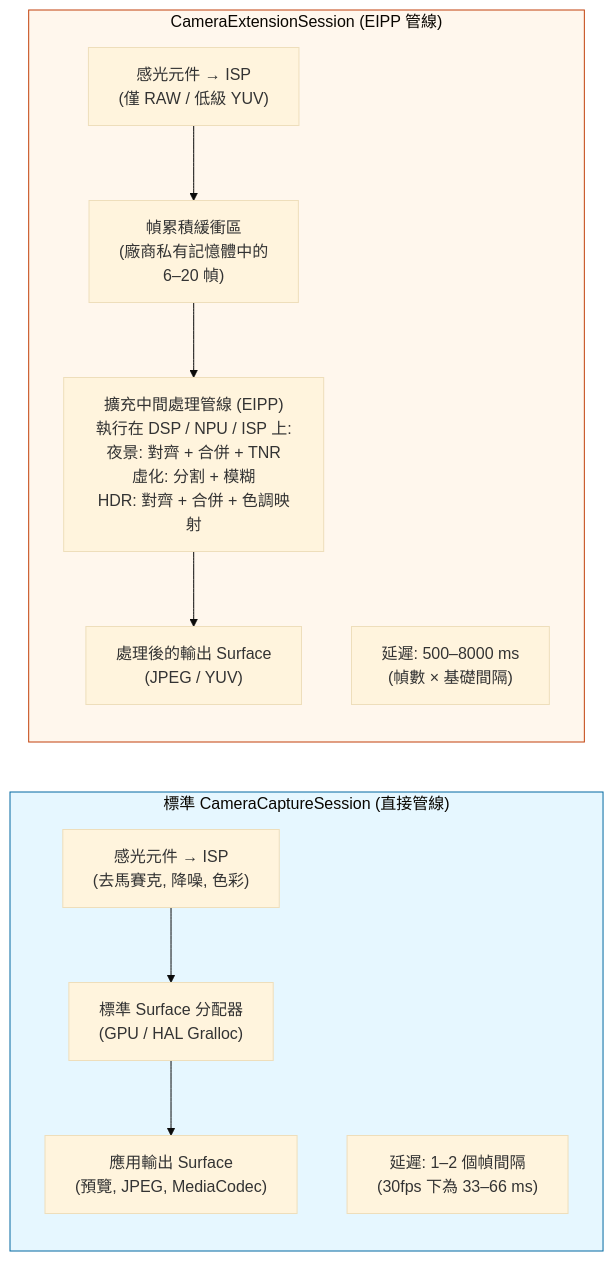
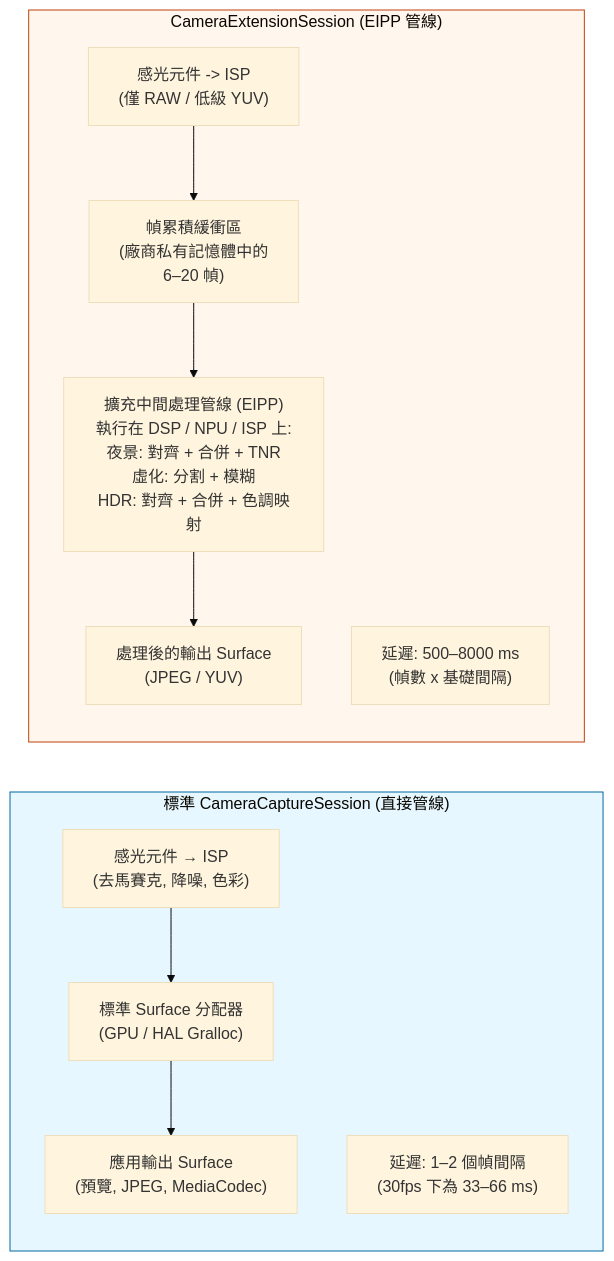
Before and after one commit to zoozooll/AndroidCameraParameters: the first of 2 diagrams in website/i18n/zh-Hant/docusaurus-plugin-content-docs/current/camera2/camera-extensions.md, drawn with Mermaid (base theme). The commit also changed 77 other files, not shown here.

First line of the commit message:
docs: standardize Mermaid syntax and polish 3A pipeline translations

````diff
--- a/website/i18n/zh-Hant/docusaurus-plugin-content-docs/current/camera2/camera-extensions.md
+++ b/website/i18n/zh-Hant/docusaurus-plugin-content-docs/current/camera2/camera-extensions.md
@@ -34,24 +34,24 @@
 ```mermaid
 flowchart LR
     subgraph STANDARD["標準 CameraCaptureSession (直接管線)"]
         direction TB
         S1["感光元件 → ISP<br/>(去馬賽克, 降噪, 色彩)"]
         S2["標準 Surface 分配器<br/>(GPU / HAL Gralloc)"]
         S3["應用輸出 Surface<br/>(預覽, JPEG, MediaCodec)"]
         S1 --> S2 --> S3
         SLAT["延遲: 1–2 個幀間隔<br/>(30fps 下為 33–66 ms)"]
     end
 
     subgraph EXTENSION["CameraExtensionSession (EIPP 管線)"]
         direction TB
-        E1["感光元件 → ISP<br/>(僅 RAW / 低級 YUV)"]
+        E1["感光元件 -> ISP<br/>(僅 RAW / 低級 YUV)"]
         E2["幀累積緩衝區<br/>(廠商私有記憶體中的<br/>6–20 幀)"]
         E3["擴充中間處理管線 (EIPP)<br/>執行在 DSP / NPU / ISP 上:<br/>夜景: 對齊 + 合併 + TNR<br/>虛化: 分割 + 模糊<br/>HDR: 對齊 + 合併 + 色調映射"]
         E4["處理後的輸出 Surface<br/>(JPEG / YUV)"]
         E1 --> E2 --> E3 --> E4
-        ELAT["延遲: 500–8000 ms<br/>(幀數 × 基礎間隔)"]
+        ELAT["延遲: 500–8000 ms<br/>(幀數 x 基礎間隔)"]
     end
 
     style STANDARD fill:#e6f7ff,stroke:#0369a1
     style EXTENSION fill:#fff7ed,stroke:#c2410c
 ```
````
